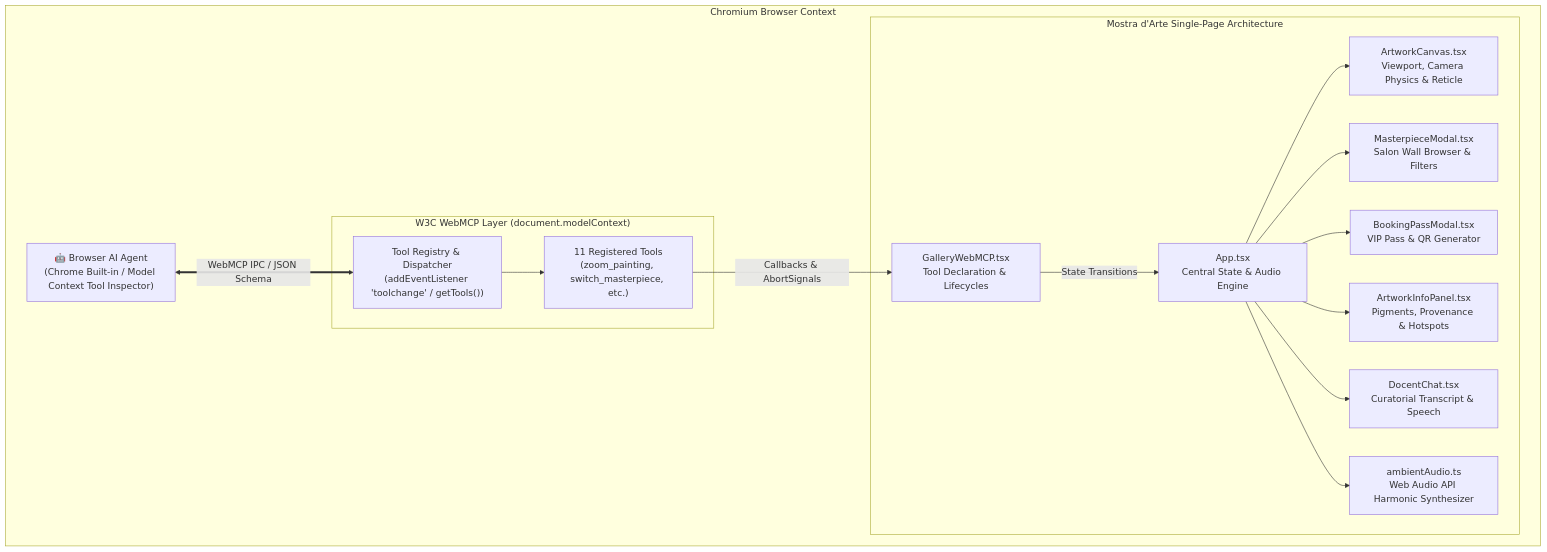
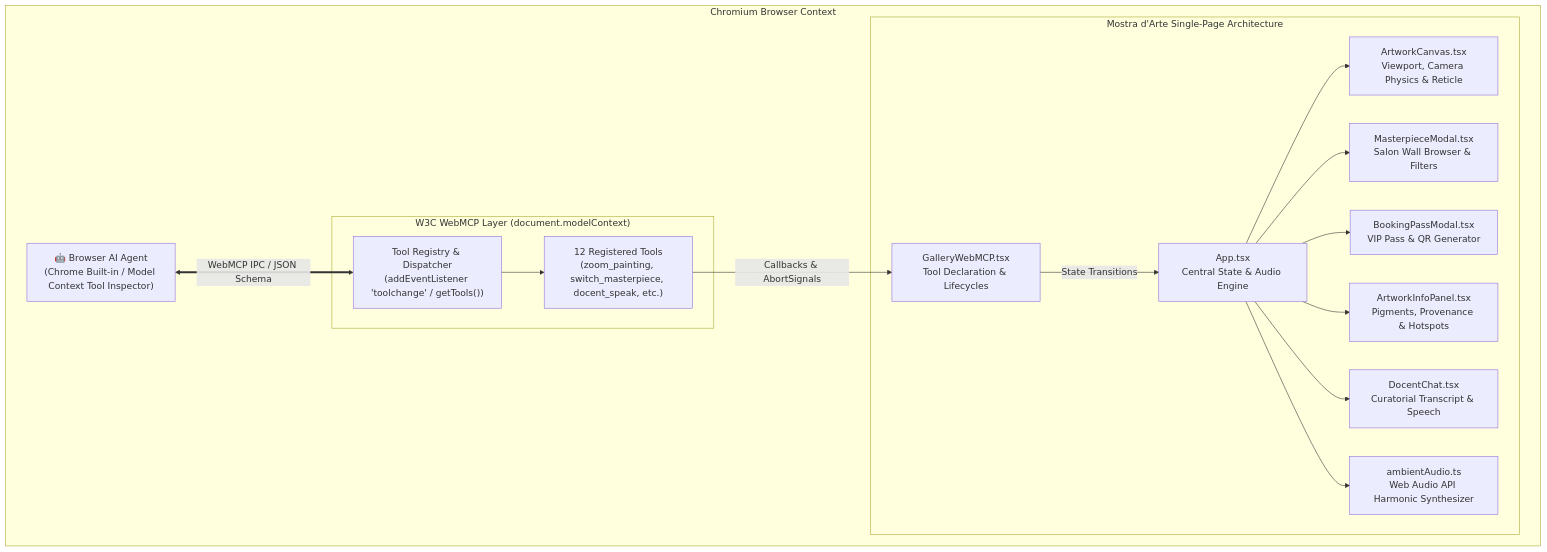
One commit to vero-code/mostra-darte changed the first of 2 diagrams in ARCHITECTURE.md. Above: the diagram before and after it, drawn with Mermaid. The commit also changed other lines of this file and 1 other file, not shown here.

````diff
--- a/ARCHITECTURE.md
+++ b/ARCHITECTURE.md
@@ -15,33 +15,33 @@
 ```mermaid
 graph TD
     subgraph Browser_Runtime ["Chromium Browser Context"]
         Agent["🤖 Browser AI Agent<br/>(Chrome Built-in / Model Context Tool Inspector)"]
         
         subgraph WebMCP_Layer ["W3C WebMCP Layer (document.modelContext)"]
             Registry["Tool Registry & Dispatcher<br/>(addEventListener 'toolchange' / getTools())"]
-            Tools["11 Registered Tools<br/>(zoom_painting, switch_masterpiece, etc.)"]
+            Tools["12 Registered Tools<br/>(zoom_painting, switch_masterpiece, docent_speak, etc.)"]
         end
         
         subgraph React_App ["Mostra d'Arte Single-Page Architecture"]
             App["App.tsx<br/>Central State & Audio Engine"]
             Canvas["ArtworkCanvas.tsx<br/>Viewport, Camera Physics & Reticle"]
             WebMCPComp["GalleryWebMCP.tsx<br/>Tool Declaration & Lifecycles"]
             Salon["MasterpieceModal.tsx<br/>Salon Wall Browser & Filters"]
             Booking["BookingPassModal.tsx<br/>VIP Pass & QR Generator"]
             Dossier["ArtworkInfoPanel.tsx<br/>Pigments, Provenance & Hotspots"]
             Transcript["DocentChat.tsx<br/>Curatorial Transcript & Speech"]
             Audio["ambientAudio.ts<br/>Web Audio API Harmonic Synthesizer"]
         end
     end
 
     Agent <==>|"WebMCP IPC / JSON Schema"| Registry
     Registry --> Tools
     Tools -->|"Callbacks & AbortSignals"| WebMCPComp
     WebMCPComp -->|"State Transitions"| App
     App --> Canvas
     App --> Salon
     App --> Booking
     App --> Dossier
     App --> Transcript
     App --> Audio
 ```
````
